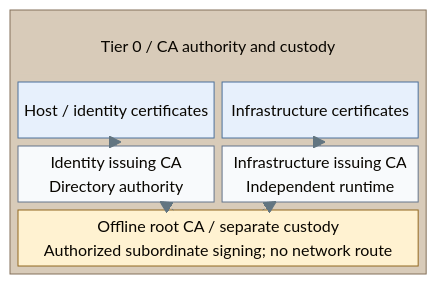
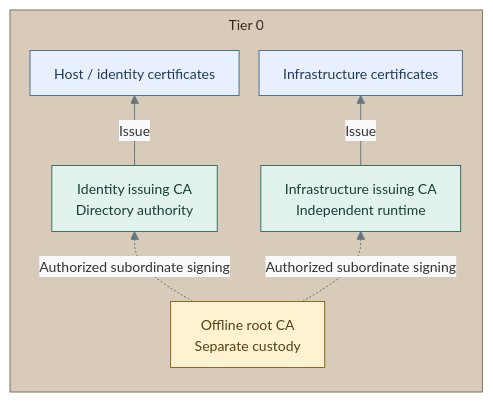
One commit to Rexus/homelab changed the first of 3 diagrams in docs/01-architecture/08-cryptography/01-certificate-authority.md. Above: the diagram before and after it, drawn with Mermaid. The commit also changed other lines of this file and 124 other files, not shown here.

First line of the commit message:
fix(platform): align service diagrams and directory failover

````diff
--- a/docs/01-architecture/08-cryptography/01-certificate-authority.md
+++ b/docs/01-architecture/08-cryptography/01-certificate-authority.md
@@ -14,29 +14,27 @@
 ```mermaid
-%%{init: {"theme":"base","flowchart":{"nodeSpacing":20,"rankSpacing":24,"padding":12,"subGraphTitleMargin":{"top":4,"bottom":12}},"themeVariables":{"lineColor":"#627581","edgeLabelBackground":"#f8fafc"}}}%%
-block-beta
-  columns 1
-  block:T0
-    columns 2
-    T0Title["Tier 0 / CA authority and custody"]:2
+%%{init: {"theme":"base","flowchart":{"nodeSpacing":20,"rankSpacing":24,"padding":12,"subGraphTitleMargin":{"top":4,"bottom":12}},"themeVariables":{"lineColor":"#627581","edgeLabelBackground":"#f8fafc","fontFamily":"Arial, sans-serif","fontSize":"14px"},"fontFamily":"Arial, sans-serif"}}%%
+flowchart BT
+  subgraph T0["Tier 0"]
+    direction BT
+    Root["Offline root CA<br/>Separate custody"]
+    Identity["Identity issuing CA<br/>Directory authority"]
+    Infrastructure["Infrastructure issuing CA<br/>Independent runtime"]
     Hosts["Host / identity certificates"]
     Services["Infrastructure certificates"]
-    Identity["Identity issuing CA<br/>Directory authority"]
-    Infrastructure["Infrastructure issuing CA<br/>Independent runtime"]
-    Root["Offline root CA / separate custody<br/>Authorized subordinate signing; no network route"]:2
+    Root -. Authorized subordinate signing .-> Identity
+    Root -. Authorized subordinate signing .-> Infrastructure
+    Identity -->|Issue| Hosts
+    Infrastructure -->|Issue| Services
   end
-  Infrastructure --> Services
-  Identity --> Hosts
-  Root -.-> Infrastructure
-  Root -.-> Identity
   classDef default fill:#f8fafc,stroke:#64748b,color:#1f2937
   classDef control fill:#e2f3ed,stroke:#397366,color:#173f36
   classDef controlHeading fill:#e2f3ed,stroke:#e2f3ed,color:#173f36
   classDef custody fill:#fff2d1,stroke:#926820,color:#584013
   classDef services fill:#e7f0fc,stroke:#4d719b,color:#203a5b
   class Root custody
   class Services,Hosts services
+  class Identity,Infrastructure control
   classDef tier0 fill:#d8cbb9,stroke:#83715a,color:#352a1e
   class T0 tier0
   classDef tier0Heading fill:#d8cbb9,stroke:#d8cbb9,color:#352a1e
-  class T0Title tier0Heading
 ```
````
